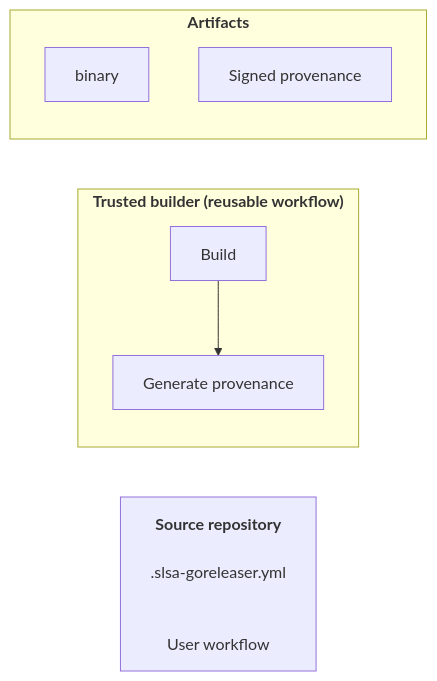
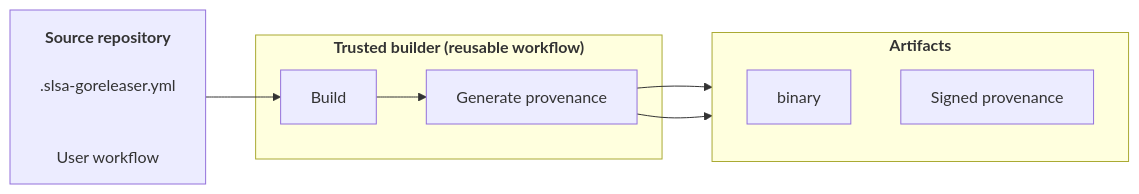
The diagram in SPECIFICATIONS.md (slsa-framework/slsa-github-generator), drawn with Mermaid before and after one commit.

Commit message:
update mermaid chart

````diff
--- a/SPECIFICATIONS.md
+++ b/SPECIFICATIONS.md
@@ -122,15 +122,20 @@
 ```mermaid
 flowchart LR
   source[<b>Source repository</b><br/><br/>.slsa-goreleaser.yml<br/><br/><br/>User workflow]
   build[Build]
   generate[Generate provenance]
 
   subgraph RW["<b>Trusted builder (reusable workflow)</b>"]
     build-->generate
   end
 
   subgraph A["<b>Artifacts</b>"]
+    direction TB
     binary
     provenance[Signed provenance]
   end
+
+  source-->build
+  generate-->binary
+  generate-->provenance
 ```
````
